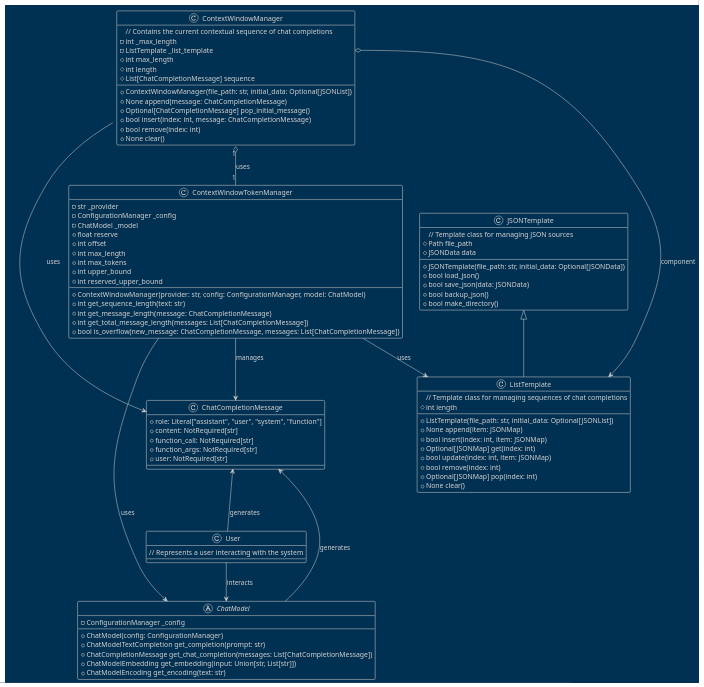
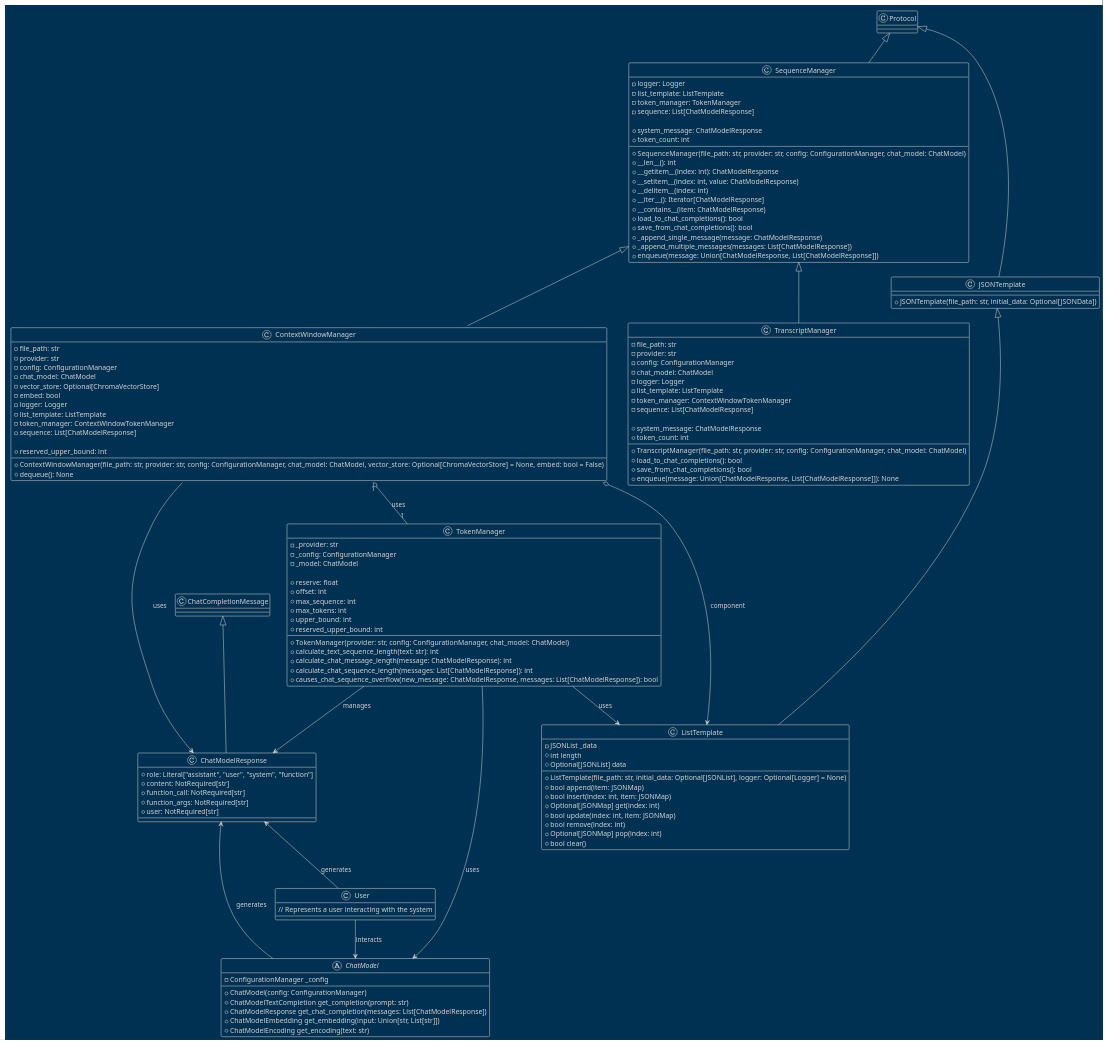
The diagram in docs/diagrams/plantuml/token_manager.puml (teleprint-me/py.gpt.prompt), drawn with PlantUML before and after one commit.

Commit message:
docs(diagrams): Update PlantUML diagram for SequenceManager
- Refactor the PlantUML diagram to reflect changes related to the SequenceManager class hierarchy.
- Adjust class relationships and roles in the diagram.
- Improve diagram clarity and readability.

This commit updates the PlantUML diagram for the SequenceManager class to accurately represent the class hierarchy and relationships within the pygptprompt project.

```diff
--- a/docs/diagrams/plantuml/token_manager.puml
+++ b/docs/diagrams/plantuml/token_manager.puml
@@ -1,98 +1,135 @@
-@startuml TokenManager
+@startuml SequenceManager
 !theme blueprint
 
 ' docs/diagrams/plantuml/token_manager.puml
 
-class ChatCompletionMessage {
-    ' Extends TypeDict
+class ChatModelResponse extends ChatCompletionMessage {
     + role: Literal["assistant", "user", "system", "function"]
     + content: NotRequired[str]
     + function_call: NotRequired[str]
     + function_args: NotRequired[str]
     + user: NotRequired[str]
 }
 
 abstract class ChatModel {
-    ' Model that generates chat completions
     - ConfigurationManager _config
     + ChatModel(config: ConfigurationManager)
     + ChatModelTextCompletion get_completion(prompt: str)
-    + ChatCompletionMessage get_chat_completion(messages: List[ChatCompletionMessage])
+    + ChatModelResponse get_chat_completion(messages: List[ChatModelResponse])
     + ChatModelEmbedding get_embedding(input: Union[str, List[str]])
     + ChatModelEncoding get_encoding(text: str)
 }
 
-class JSONTemplate {
-    // Template class for managing JSON sources
+class JSONTemplate extends Protocol {
+    ' Template class for managing JSON sources
     + JSONTemplate(file_path: str, initial_data: Optional[JSONData])
-    # Path file_path
-    # JSONData data
-    + bool load_json()
-    + bool save_json(data: JSONData)
-    + bool backup_json()
-    + bool make_directory()
 }
 
 class ListTemplate extends JSONTemplate {
-    // Template class for managing sequences of chat completions
-    + ListTemplate(file_path: str, initial_data: Optional[JSONList])
+    ' A template class for managing a list of dictionaries in JSON files.
+    - JSONList _data
+    + ListTemplate(file_path: str, initial_data: Optional[JSONList], logger: Optional[Logger] = None)
     # int length
-    + None append(item: JSONMap)
+    # Optional[JSONList] data
+    + bool append(item: JSONMap)
     + bool insert(index: int, item: JSONMap)
     + Optional[JSONMap] get(index: int)
     + bool update(index: int, item: JSONMap)
     + bool remove(index: int)
     + Optional[JSONMap] pop(index: int)
-    + None clear()
+    + bool clear()
 }
 
-class ContextWindowManager {
-    // Contains the current contextual sequence of chat completions
-    - int _max_length
-    - ListTemplate _list_template
-    + ContextWindowManager(file_path: str, initial_data: Optional[JSONList])
-    # int max_length
-    # int length
-    # List[ChatCompletionMessage] sequence
-    + None append(message: ChatCompletionMessage)
-    + Optional[ChatCompletionMessage] pop_initial_message()
-    + bool insert(index: int, message: ChatCompletionMessage)
-    + bool remove(index: int)
-    + None clear()
+class TokenManager {
+    - _provider: str
+    - _config: ConfigurationManager
+    - _model: ChatModel
+
+    + TokenManager(provider: str, config: ConfigurationManager, chat_model: ChatModel)
+    + reserve: float
+    + offset: int
+    + max_sequence: int
+    + max_tokens: int
+    + upper_bound: int
+    + reserved_upper_bound: int
+    + calculate_text_sequence_length(text: str): int
+    + calculate_chat_message_length(message: ChatModelResponse): int
+    + calculate_chat_sequence_length(messages: List[ChatModelResponse]): int
+    + causes_chat_sequence_overflow(new_message: ChatModelResponse, messages: List[ChatModelResponse]): bool
 }
 
-class ContextWindowTokenManager {
-    - str _provider
-    - ConfigurationManager _config
-    - ChatModel _model
-    + ContextWindowManager(provider: str, config: ConfigurationManager, model: ChatModel)
-    + float reserve
-    + int offset
-    + int max_length
-    + int max_tokens
-    + int upper_bound
-    + int reserved_upper_bound
-    + int get_sequence_length(text: str)
-    + int get_message_length(message: ChatCompletionMessage)
-    + int get_total_message_length(messages: List[ChatCompletionMessage])
-    + bool is_overflow(new_message: ChatCompletionMessage, messages: List[ChatCompletionMessage])
+class SequenceManager extends Protocol {
+    - logger: Logger
+    - list_template: ListTemplate
+    - token_manager: TokenManager
+    - sequence: List[ChatModelResponse]
+
+    + SequenceManager(file_path: str, provider: str, config: ConfigurationManager, chat_model: ChatModel)
+    + __len__(): int
+    + __getitem__(index: int): ChatModelResponse
+    + __setitem__(index: int, value: ChatModelResponse)
+    + __delitem__(index: int)
+    + __iter__(): Iterator[ChatModelResponse]
+    + __contains__(item: ChatModelResponse)
+    + system_message: ChatModelResponse
+    + token_count: int
+    + load_to_chat_completions(): bool
+    + save_from_chat_completions(): bool
+    + _append_single_message(message: ChatModelResponse)
+    + _append_multiple_messages(messages: List[ChatModelResponse])
+    + enqueue(message: Union[ChatModelResponse, List[ChatModelResponse]])
+}
+
+class TranscriptManager extends SequenceManager {
+    - file_path: str
+    - provider: str
+    - config: ConfigurationManager
+    - chat_model: ChatModel
+    - logger: Logger
+    - list_template: ListTemplate
+    - token_manager: ContextWindowTokenManager
+    - sequence: List[ChatModelResponse]
+
+    + TranscriptManager(file_path: str, provider: str, config: ConfigurationManager, chat_model: ChatModel)
+    + system_message: ChatModelResponse
+    + token_count: int
+    + load_to_chat_completions(): bool
+    + save_from_chat_completions(): bool
+    + enqueue(message: Union[ChatModelResponse, List[ChatModelResponse]]): None
+}
+
+class ContextWindowManager extends SequenceManager {
+    - file_path: str
+    - provider: str
+    - config: ConfigurationManager
+    - chat_model: ChatModel
+    - vector_store: Optional[ChromaVectorStore]
+    - embed: bool
+    - logger: Logger
+    - list_template: ListTemplate
+    - token_manager: ContextWindowTokenManager
+    - sequence: List[ChatModelResponse]
+
+    + ContextWindowManager(file_path: str, provider: str, config: ConfigurationManager, chat_model: ChatModel, vector_store: Optional[ChromaVectorStore] = None, embed: bool = False)
+    + reserved_upper_bound: int
+    + dequeue(): None
 }
 
 class User {
     // Represents a user interacting with the system
 }
 
 User --> ChatModel : interacts
 
-ChatCompletionMessage <-- ChatModel : generates
-ChatCompletionMessage <-- User : generates
+ChatModelResponse <-- ChatModel : generates
+ChatModelResponse <-- User : generates
 
-ContextWindowManager "1" o-- "1" ContextWindowTokenManager : uses
-ContextWindowManager --> ChatCompletionMessage : uses
+ContextWindowManager "1" o-- "1" TokenManager : uses
+ContextWindowManager --> ChatModelResponse : uses
 ContextWindowManager::_list_template o--> ListTemplate : component
 
-ContextWindowTokenManager --> ChatModel : uses
-ContextWindowTokenManager --> ChatCompletionMessage : manages
-ContextWindowTokenManager --> ListTemplate : uses
+TokenManager --> ChatModel : uses
+TokenManager --> ChatModelResponse : manages
+TokenManager --> ListTemplate : uses
 
 @enduml
```
